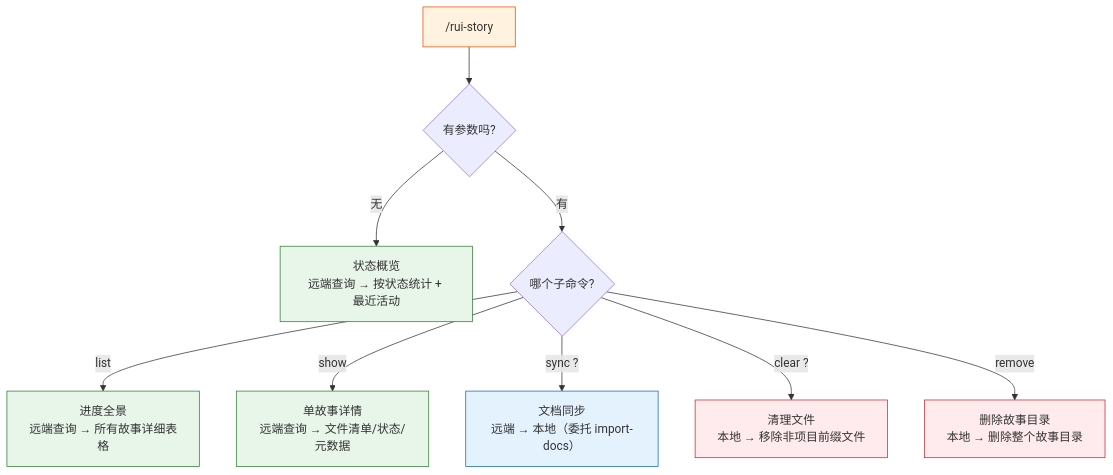
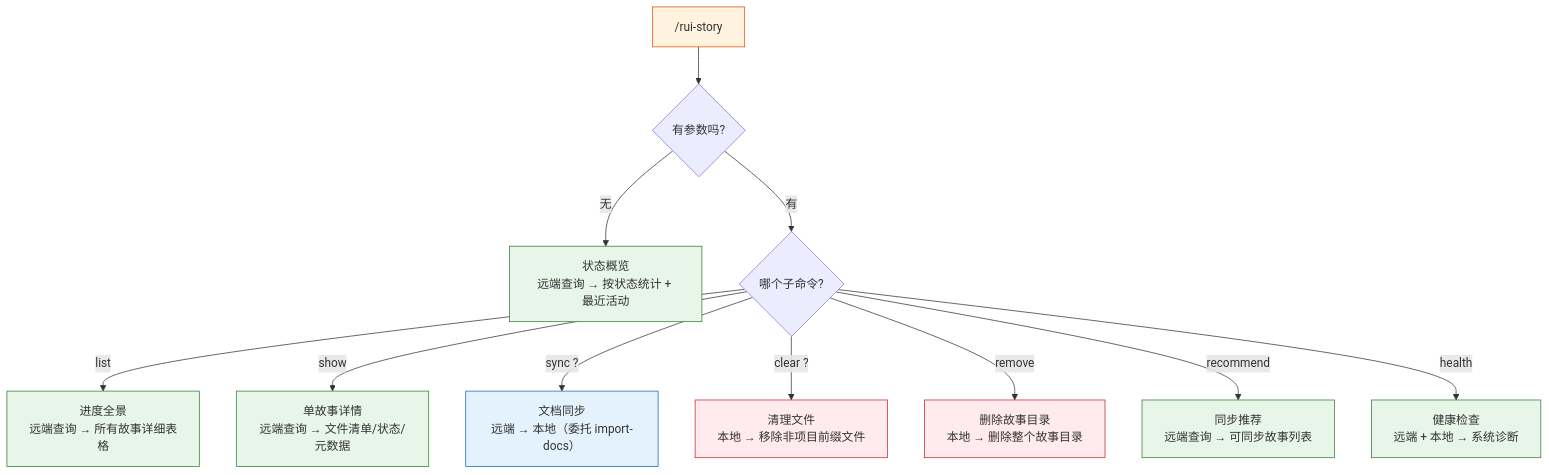
The first of 15 diagrams in skills/rui-story/SKILL.md (effiy/YrY), drawn with Mermaid before and after one commit. The commit also changed other lines of this file and 9 other files, not shown here.

````diff
--- a/skills/rui-story/SKILL.md
+++ b/skills/rui-story/SKILL.md
@@ -18,16 +18,18 @@
 ```mermaid
 flowchart TD
     ENTRY["/rui-story"]:::entry --> Q1{"有参数吗?"}
     Q1 -->|"无"| OVERVIEW["状态概览<br/>远端查询 → 按状态统计 + 最近活动"]:::read
     Q1 -->|"有"| Q2{"哪个子命令?"}
     Q2 -->|"list"| LIST["进度全景<br/>远端查询 → 所有故事详细表格"]:::read
     Q2 -->|"show <name>"| SHOW["单故事详情<br/>远端查询 → 文件清单/状态/元数据"]:::read
     Q2 -->|"sync <name>?"| SYNC["文档同步<br/>远端 → 本地（委托 import-docs）"]:::write
     Q2 -->|"clear <name>?"| CLEAR["清理文件<br/>本地 → 移除非项目前缀文件"]:::danger
     Q2 -->|"remove <name>"| REMOVE["删除故事目录<br/>本地 → 删除整个故事目录"]:::danger
+    Q2 -->|"recommend"| RECOMMEND["同步推荐<br/>远端查询 → 可同步故事列表"]:::read
+    Q2 -->|"health"| HEALTH["健康检查<br/>远端 + 本地 → 系统诊断"]:::read
 
     classDef entry fill:#fff3e0,stroke:#e65100;
     classDef read fill:#e8f5e9,stroke:#2e7d32;
     classDef write fill:#e3f2fd,stroke:#1565c0;
     classDef danger fill:#ffebee,stroke:#c62828;
 ```
````
